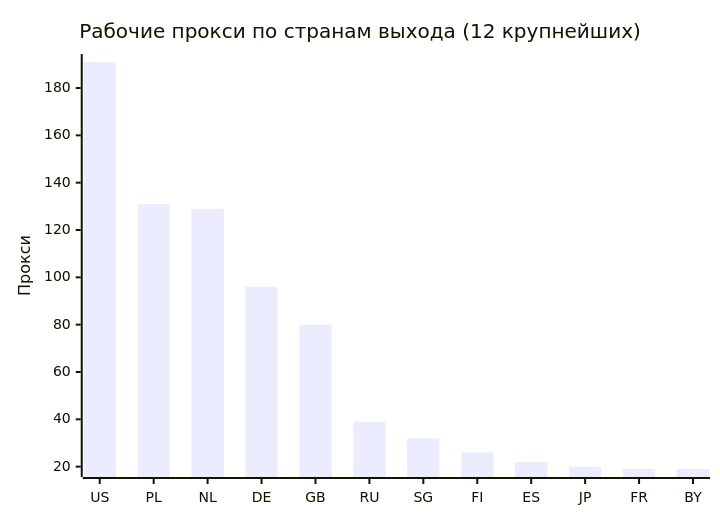
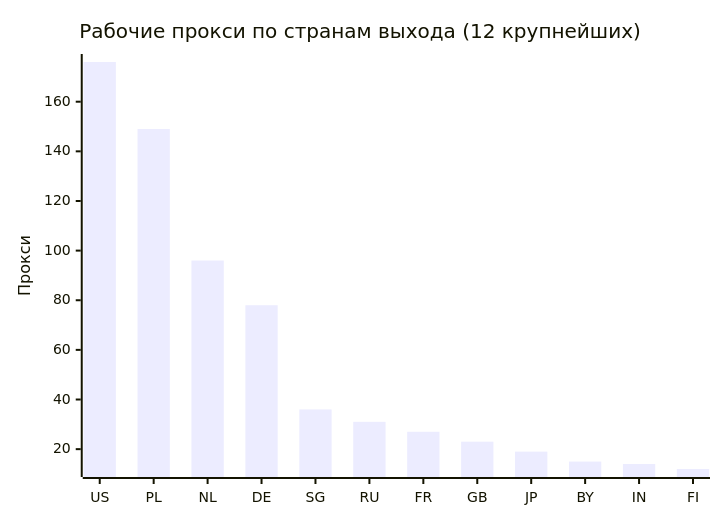
Before and after one commit to rvvg/proxy-subs: the second of 4 diagrams in README.md, drawn with Mermaid. The commit also changed other lines of this file and 48 other files, not shown here.

````diff
--- a/README.md
+++ b/README.md
@@ -129,7 +129,7 @@
 ```mermaid
 xychart-beta
     title "Рабочие прокси по странам выхода (12 крупнейших)"
-    x-axis ["US", "PL", "NL", "DE", "GB", "RU", "SG", "FI", "ES", "JP", "FR", "BY"]
+    x-axis ["US", "PL", "NL", "DE", "SG", "RU", "FR", "GB", "JP", "BY", "IN", "FI"]
     y-axis "Прокси"
-    bar [191, 131, 129, 96, 80, 39, 32, 26, 22, 20, 19, 19]
+    bar [176, 149, 96, 78, 36, 31, 27, 23, 19, 15, 14, 12]
 ```
````
